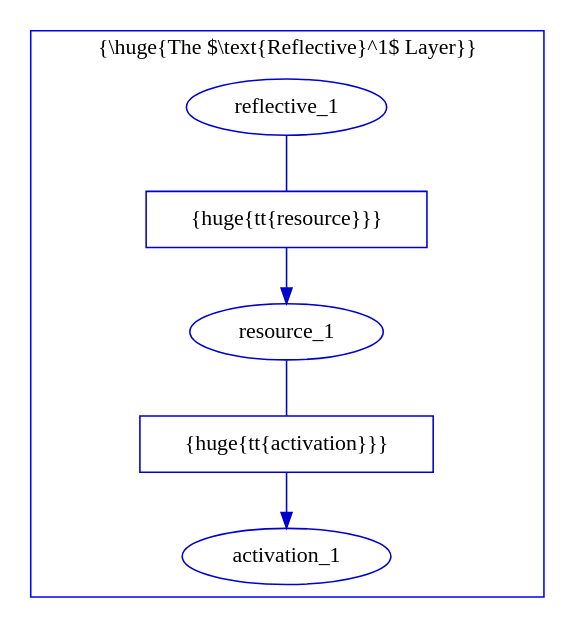
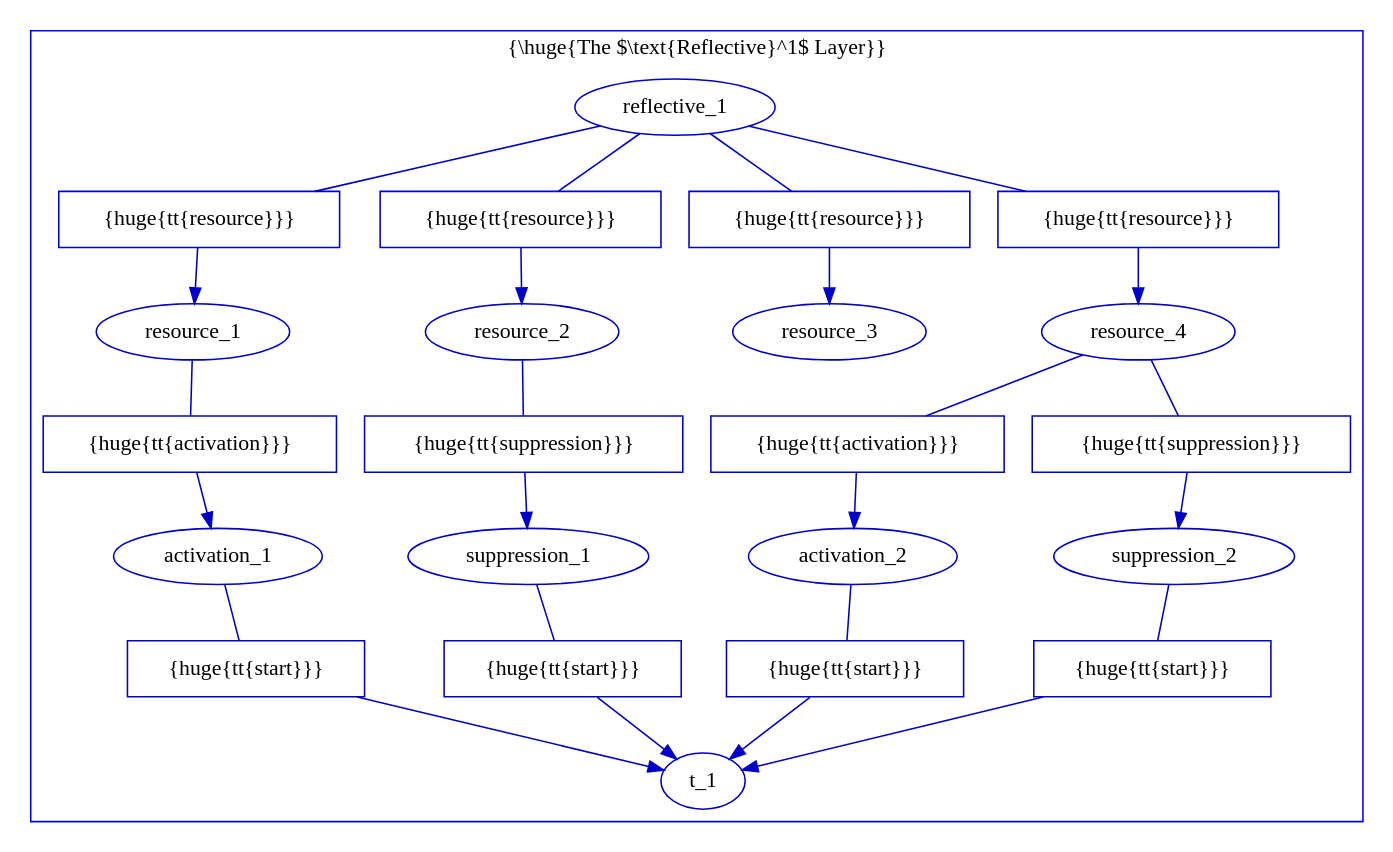
The diagram in documentation/phdthesis/gfx/example_resource_conflict.dot (bunuelo/funk2), drawn with Graphviz before and after one commit. The commit also changed 7 other files, not shown here.

```diff
--- a/documentation/phdthesis/gfx/example_resource_conflict.dot
+++ b/documentation/phdthesis/gfx/example_resource_conflict.dot
@@ -1,33 +1,101 @@
 digraph G {
 
   subgraph cluster_1 {
     label = "{\\huge{The $\\text{Reflective}^1$ Layer}}";
     color=blue
     
     // reflective
     node [fillcolor = white, color = "#0000CC", style = filled];
     edge [color = "#0000CC"];
         
+    // t_1^*
+    
+    t_1 [texlbl = "{\huge{\tt{Simultaneity*}}}"];
+    
     // activation_1^*
     
-    activation_1 [texlbl = "{\huge{\tt{Activation*}}}"];
-    
+    activation_1 [texlbl = "{\huge{\tt{Activation*}}}"]; 
+
+    activation_1_activation_t_1 [shape=box,style=filled,label="{\huge{\tt{start}}}"];
+    activation_1 -> activation_1_activation_t_1 [arrowhead=none];
+    activation_1_activation_t_1 -> t_1 [style="-triangle 45"];
+
     // resource_1
     
     resource_1 [texlbl = "{\huge{\tt{Resource*}}}"];
     
     resource_1_activation_activation_1 [shape=box,style=filled,label="{\huge{\tt{activation}}}"];
     resource_1 -> resource_1_activation_activation_1 [arrowhead=none];
     resource_1_activation_activation_1 -> activation_1 [style="-triangle 45"];
+    
+    // suppression_1^*
+    
+    suppression_1 [texlbl = "{\huge{\tt{Suppression*}}}"];
+    
+    suppression_1_activation_t_1 [shape=box,style=filled,label="{\huge{\tt{start}}}"];
+    suppression_1 -> suppression_1_activation_t_1 [arrowhead=none];
+    suppression_1_activation_t_1 -> t_1 [style="-triangle 45"];
+
+    // resource_2
+    
+    resource_2 [texlbl = "{\huge{\tt{Resource*}}}"];
+    
+    resource_2_activation_suppression_1 [shape=box,style=filled,label="{\huge{\tt{suppression}}}"];
+    resource_2 -> resource_2_activation_suppression_1 [arrowhead=none];
+    resource_2_activation_suppression_1 -> suppression_1 [style="-triangle 45"];
+    
+    // resource_3
+    
+    resource_3 [texlbl = "{\huge{\tt{Resource*}}}"];
+    
+    // activation_2^*
+    
+    activation_2 [texlbl = "{\huge{\tt{Activation*}}}"];
+    
+    activation_2_activation_t_1 [shape=box,style=filled,label="{\huge{\tt{start}}}"];
+    activation_2 -> activation_2_activation_t_1 [arrowhead=none];
+    activation_2_activation_t_1 -> t_1 [style="-triangle 45"];
+
+    // suppression_2^*
+    
+    suppression_2 [texlbl = "{\huge{\tt{Suppression*}}}"];
+    
+    suppression_2_activation_t_1 [shape=box,style=filled,label="{\huge{\tt{start}}}"];
+    suppression_2 -> suppression_2_activation_t_1 [arrowhead=none];
+    suppression_2_activation_t_1 -> t_1 [style="-triangle 45"];
+
+    // resource_4
+    
+    resource_4 [texlbl = "{\huge{\tt{Resource*}}}"];
+    
+    resource_4_activation_activation_2 [shape=box,style=filled,label="{\huge{\tt{activation}}}"];
+    resource_4 -> resource_4_activation_activation_2 [arrowhead=none];
+    resource_4_activation_activation_2 -> activation_2 [style="-triangle 45"];
+    
+    resource_4_activation_suppression_2 [shape=box,style=filled,label="{\huge{\tt{suppression}}}"];
+    resource_4 -> resource_4_activation_suppression_2 [arrowhead=none];
+    resource_4_activation_suppression_2 -> suppression_2 [style="-triangle 45"];
     
     // reflective^1
     
     reflective_1 [texlbl = "{\huge{\tt{Reflective}}}"];
     
     reflective_1_event_resource_1 [shape=box,style=filled,label="{\huge{\tt{resource}}}"];
     reflective_1 -> reflective_1_event_resource_1 [arrowhead=none];
     reflective_1_event_resource_1 -> resource_1 [style="-triangle 45"];
     
+    reflective_1_event_resource_2 [shape=box,style=filled,label="{\huge{\tt{resource}}}"];
+    reflective_1 -> reflective_1_event_resource_2 [arrowhead=none];
+    reflective_1_event_resource_2 -> resource_2 [style="-triangle 45"];
+    
+    reflective_1_event_resource_3 [shape=box,style=filled,label="{\huge{\tt{resource}}}"];
+    reflective_1 -> reflective_1_event_resource_3 [arrowhead=none];
+    reflective_1_event_resource_3 -> resource_3 [style="-triangle 45"];
+    
+    reflective_1_event_resource_4 [shape=box,style=filled,label="{\huge{\tt{resource}}}"];
+    reflective_1 -> reflective_1_event_resource_4 [arrowhead=none];
+    reflective_1_event_resource_4 -> resource_4 [style="-triangle 45"];
+    
     
   }
 }
```
